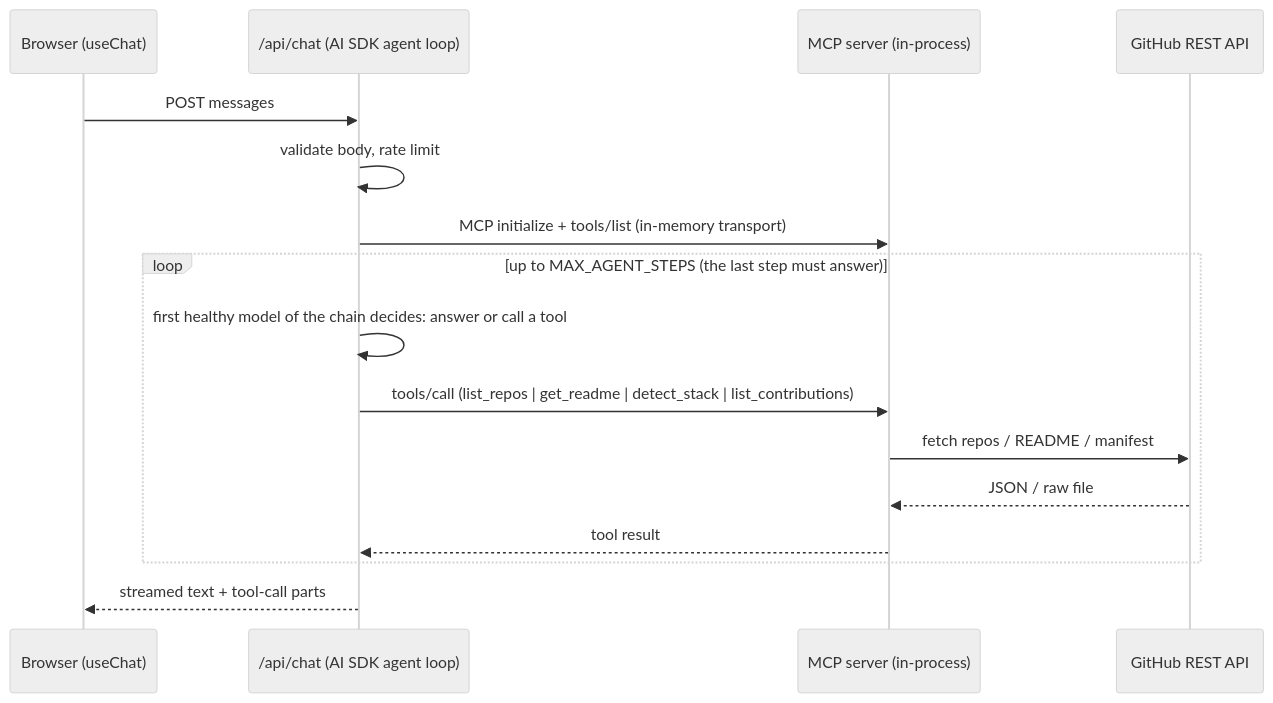
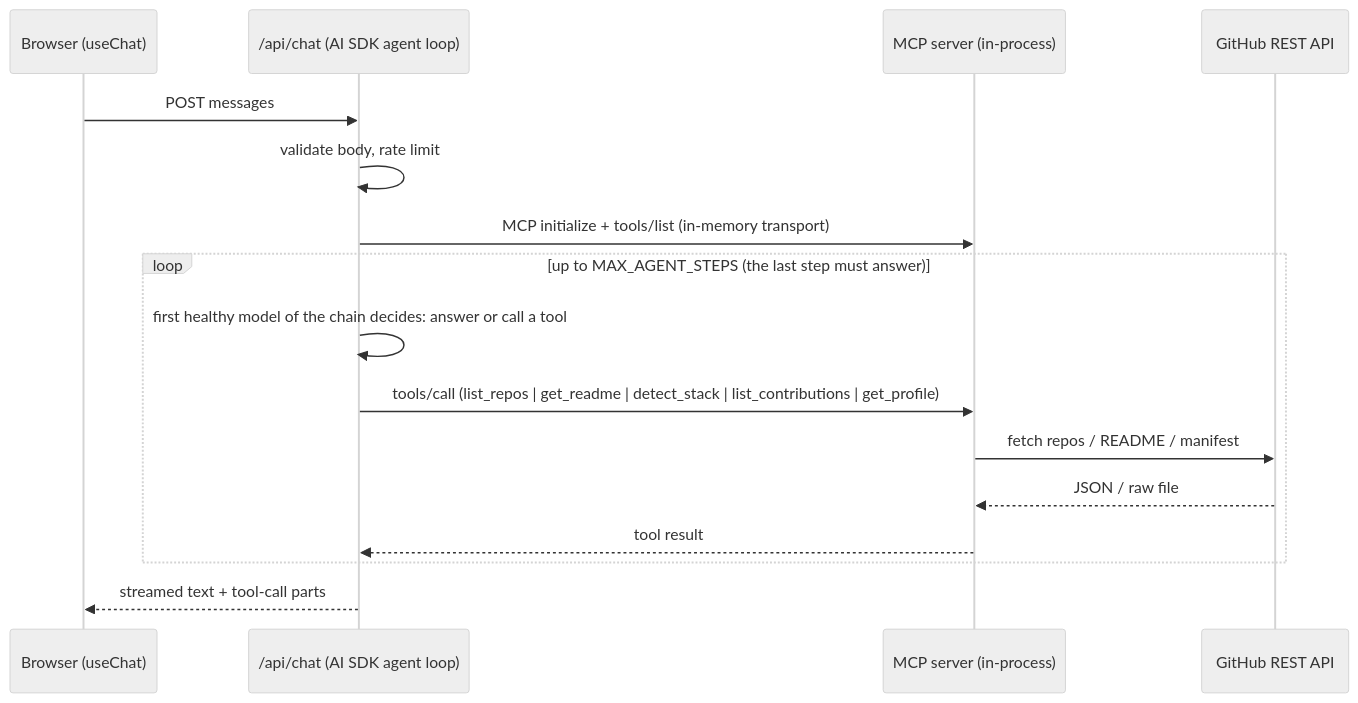
Before and after one commit to atarico/portfolio-agent: the diagram in README.md, drawn with Mermaid (neutral theme). The commit also changed other lines of this file and 4 other files, not shown here.

````diff
--- a/README.md
+++ b/README.md
@@ -16,19 +17,19 @@
 ```mermaid
 sequenceDiagram
     participant B as Browser (useChat)
     participant C as /api/chat (AI SDK agent loop)
     participant M as MCP server (in-process)
     participant G as GitHub REST API
 
     B->>C: POST messages
     C->>C: validate body, rate limit
     C->>M: MCP initialize + tools/list (in-memory transport)
     loop up to MAX_AGENT_STEPS (the last step must answer)
         C->>C: first healthy model of the chain decides: answer or call a tool
-        C->>M: tools/call (list_repos | get_readme | detect_stack | list_contributions)
+        C->>M: tools/call (list_repos | get_readme | detect_stack | list_contributions | get_profile)
         M->>G: fetch repos / README / manifest
         G-->>M: JSON / raw file
         M-->>C: tool result
     end
     C-->>B: streamed text + tool-call parts
 ```
````
